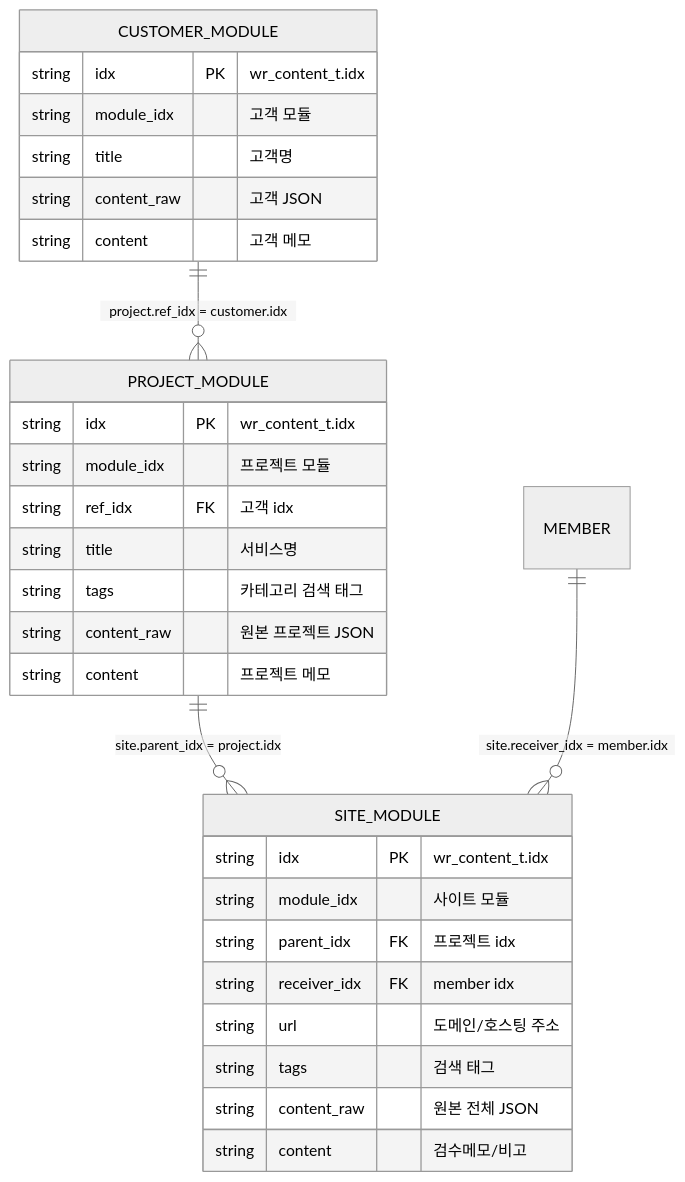
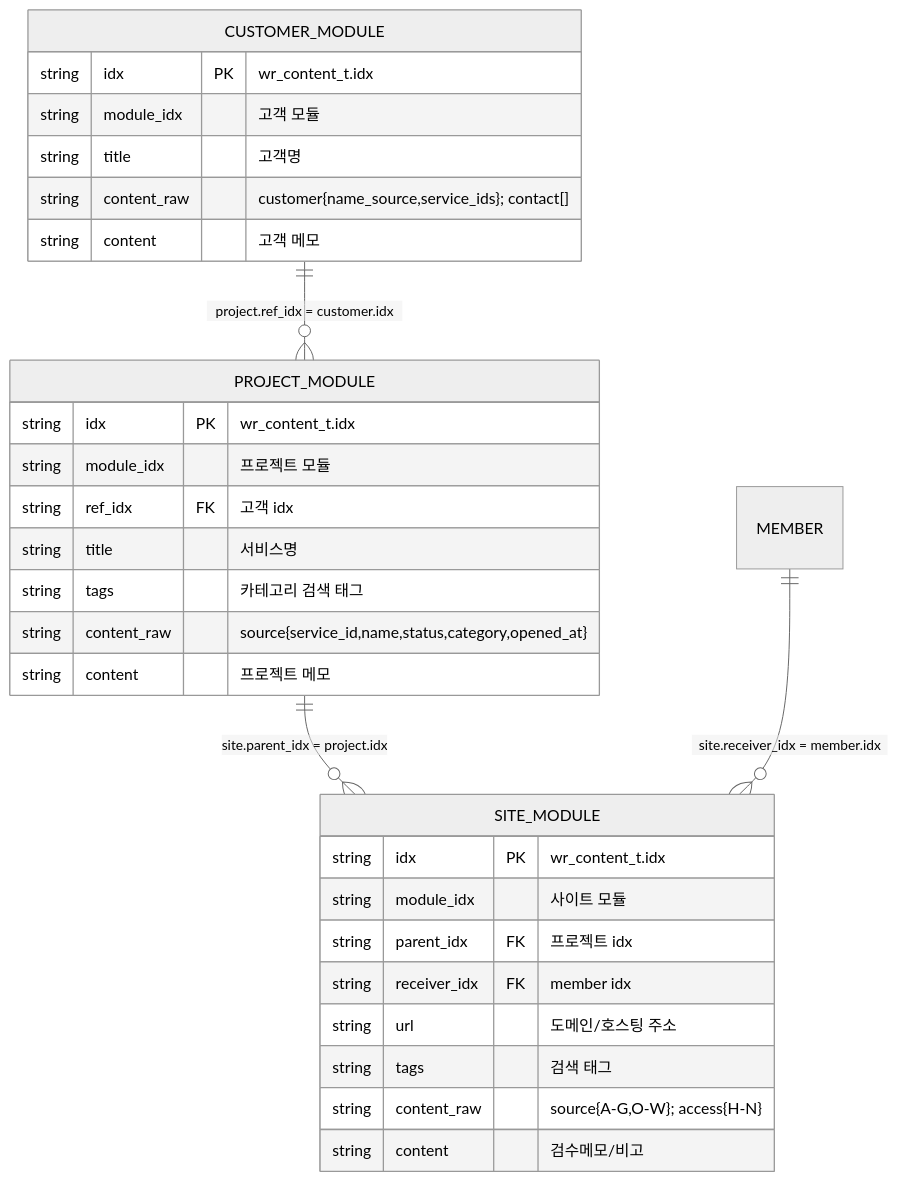
The first of 2 diagrams in docs/wr-content-erd.md (gyeolhwi/hermes34-project), drawn with Mermaid (neutral theme) before and after one commit. The commit also changed other lines of this file, not shown here.

Commit message:
docs: show content raw fields in ERD

````diff
--- a/docs/wr-content-erd.md
+++ b/docs/wr-content-erd.md
@@ -7,33 +7,33 @@
 ```mermaid
 erDiagram
     CUSTOMER_MODULE ||--o{ PROJECT_MODULE : "project.ref_idx = customer.idx"
     PROJECT_MODULE ||--o{ SITE_MODULE : "site.parent_idx = project.idx"
     MEMBER ||--o{ SITE_MODULE : "site.receiver_idx = member.idx"
 
     CUSTOMER_MODULE {
       string idx PK "wr_content_t.idx"
       string module_idx "고객 모듈"
       string title "고객명"
-      string content_raw "고객 JSON"
+      string content_raw "customer{name_source,service_ids}; contact[]"
       string content "고객 메모"
     }
     PROJECT_MODULE {
       string idx PK "wr_content_t.idx"
       string module_idx "프로젝트 모듈"
       string ref_idx FK "고객 idx"
       string title "서비스명"
       string tags "카테고리 검색 태그"
-      string content_raw "원본 프로젝트 JSON"
+      string content_raw "source{service_id,name,status,category,opened_at}"
       string content "프로젝트 메모"
     }
     SITE_MODULE {
       string idx PK "wr_content_t.idx"
       string module_idx "사이트 모듈"
       string parent_idx FK "프로젝트 idx"
       string receiver_idx FK "member idx"
       string url "도메인/호스팅 주소"
       string tags "검색 태그"
-      string content_raw "원본 전체 JSON"
+      string content_raw "source{A-G,O-W}; access{H-N}"
       string content "검수메모/비고"
     }
 ```
````
